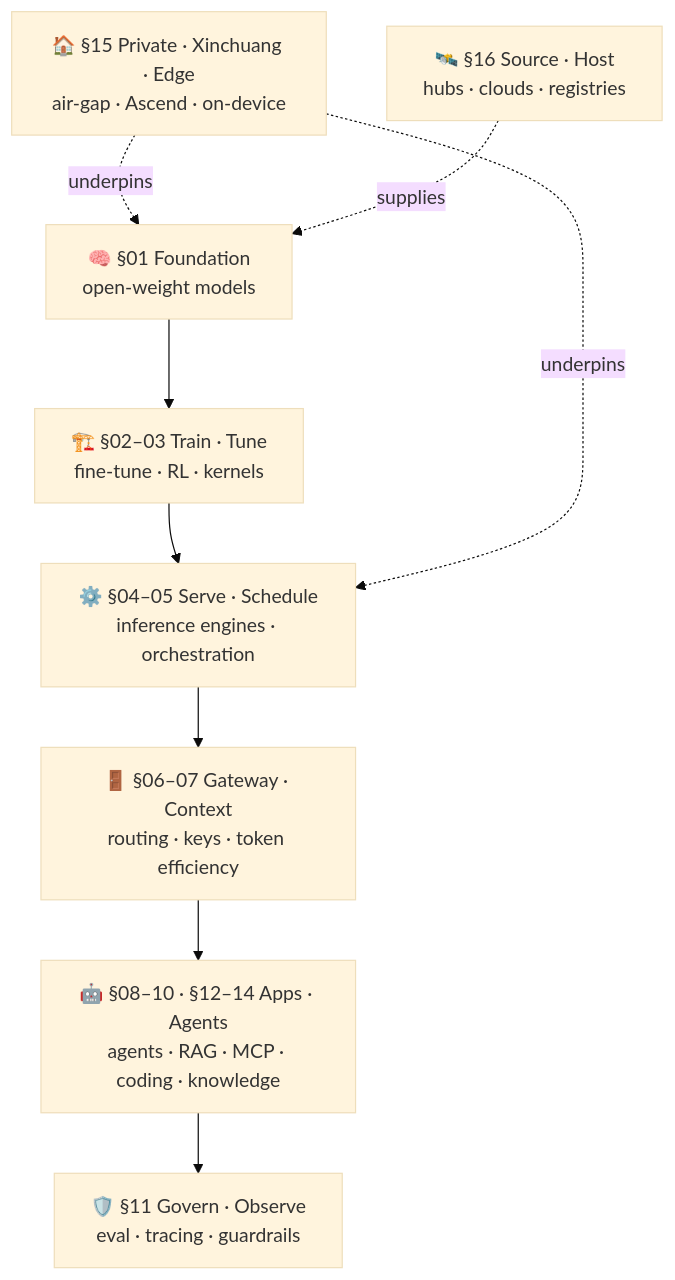
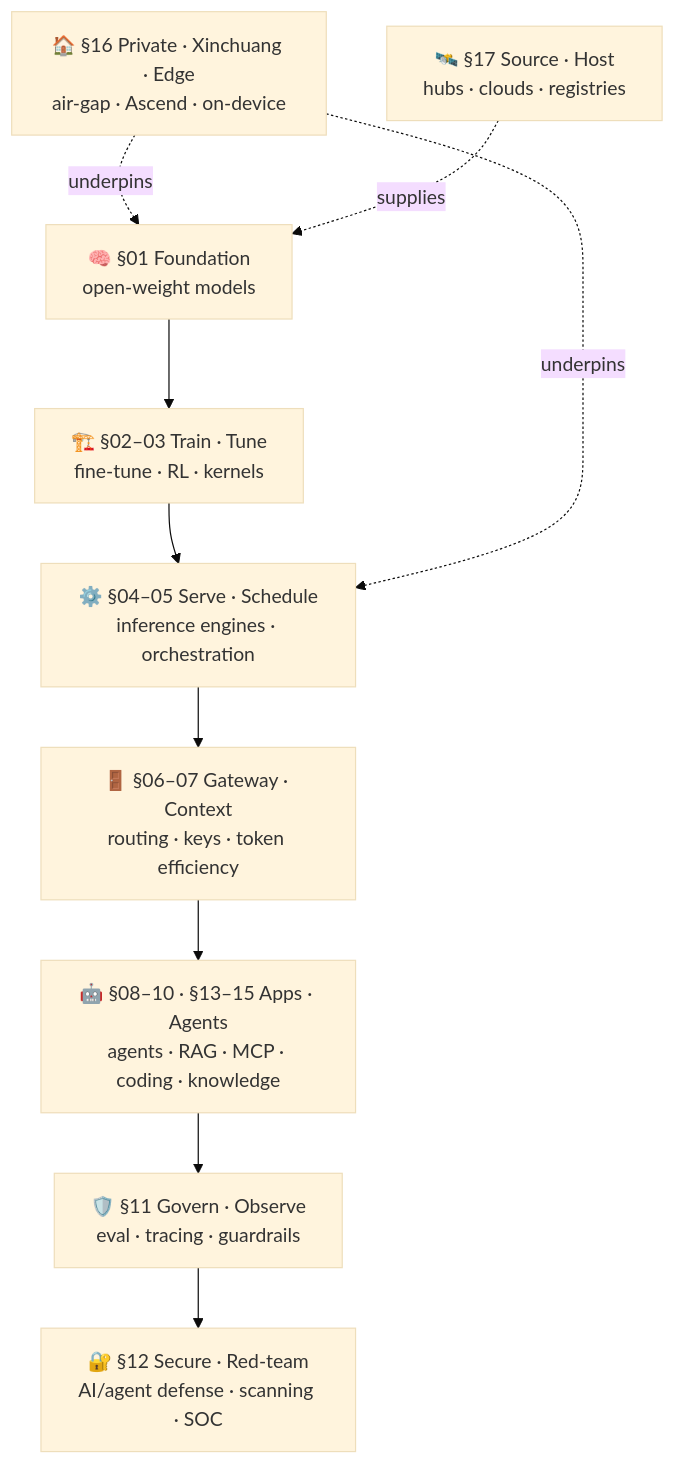
Before and after one commit to caiohome/awesome-caio: the diagram in README.md, drawn with Mermaid (base theme). The commit also changed other lines of this file and 1 other file, not shown here.

First line of the commit message:
docs: add §12 Security / Red-Teaming / AI-agent defense — CyberSecurity-Skills anchor + verified enterprise picks

````diff
--- a/README.md
+++ b/README.md
@@ -91,16 +91,17 @@
 ```mermaid
 flowchart TB
     MOD["🧠 §01 Foundation<br/>open-weight models"]
     TRN["🏗️ §02–03 Train · Tune<br/>fine-tune · RL · kernels"]
     SRV["⚙️ §04–05 Serve · Schedule<br/>inference engines · orchestration"]
     GW["🚪 §06–07 Gateway · Context<br/>routing · keys · token efficiency"]
-    APP["🤖 §08–10 · §12–14 Apps · Agents<br/>agents · RAG · MCP · coding · knowledge"]
+    APP["🤖 §08–10 · §13–15 Apps · Agents<br/>agents · RAG · MCP · coding · knowledge"]
     GOV["🛡️ §11 Govern · Observe<br/>eval · tracing · guardrails"]
-    INF["🏠 §15 Private · Xinchuang · Edge<br/>air-gap · Ascend · on-device"]
-    HUB["🛰️ §16 Source · Host<br/>hubs · clouds · registries"]
+    SEC["🔐 §12 Secure · Red-team<br/>AI/agent defense · scanning · SOC"]
+    INF["🏠 §16 Private · Xinchuang · Edge<br/>air-gap · Ascend · on-device"]
+    HUB["🛰️ §17 Source · Host<br/>hubs · clouds · registries"]
 
-    MOD --> TRN --> SRV --> GW --> APP --> GOV
+    MOD --> TRN --> SRV --> GW --> APP --> GOV --> SEC
     INF -. underpins .-> MOD
     INF -. underpins .-> SRV
     HUB -. supplies .-> MOD
 ```
````
